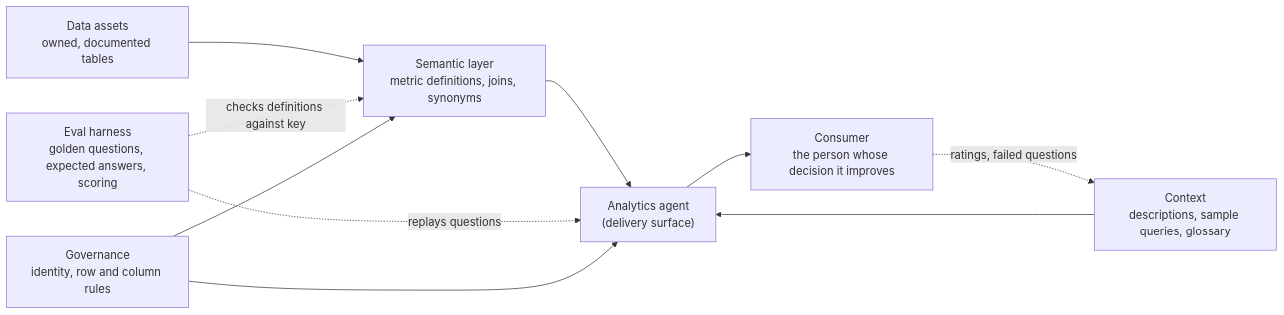
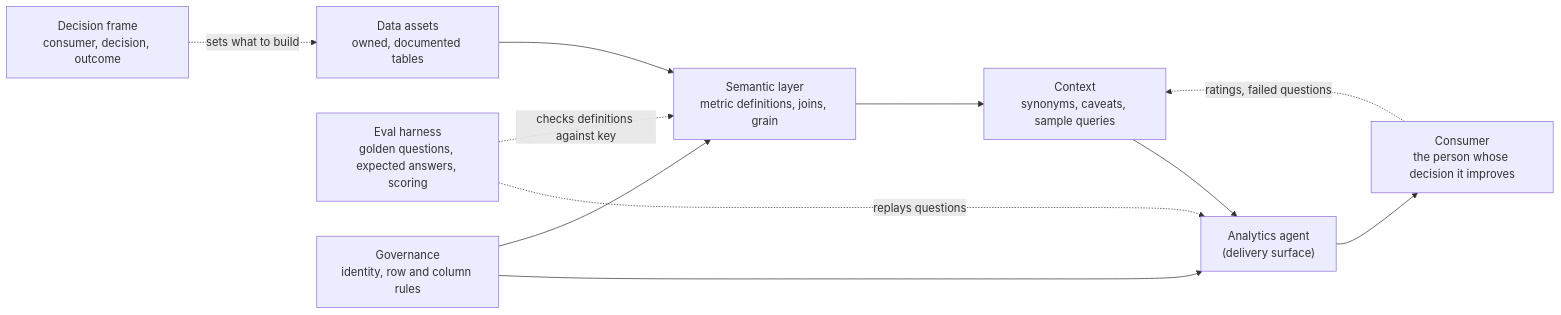
One commit to hollandkevint/data-product-operator changed the diagram in docs/analytics-agents/reference-architecture.md. Above: the diagram before and after it, drawn with Mermaid. The commit also changed other lines of this file and 1 other file, not shown here.

Commit message:
Define data product layers: decision frame, semantics, context
The glossary gains a Layers section: one decision frame and four layers (data assets, semantics, context, delivery surface). The analytics-agent reference architecture now shows them in order. Context uses the industry sense (what an agent needs to read the numbers right), not the business decision.

````diff
--- a/docs/analytics-agents/reference-architecture.md
+++ b/docs/analytics-agents/reference-architecture.md
@@ -9,12 +12,13 @@
 ```mermaid
 flowchart LR
-  A["Data assets<br/>owned, documented tables"] --> S["Semantic layer<br/>metric definitions, joins, synonyms"]
-  S --> G["Analytics agent<br/>(delivery surface)"]
+  F["Decision frame<br/>consumer, decision, outcome"] -. "sets what to build" .-> A
+  A["Data assets<br/>owned, documented tables"] --> S["Semantic layer<br/>metric definitions, joins, grain"]
+  S --> X["Context<br/>synonyms, caveats, sample queries"]
+  X --> G["Analytics agent<br/>(delivery surface)"]
   G --> C["Consumer<br/>the person whose decision it improves"]
-  C -. "ratings, failed questions" .-> X["Context<br/>descriptions, sample queries, glossary"]
-  X --> G
+  C -. "ratings, failed questions" .-> X
   H["Eval harness<br/>golden questions, expected answers, scoring"] -. "replays questions" .-> G
   H -. "checks definitions against key" .-> S
   P["Governance<br/>identity, row and column rules"] --> G
   P --> S
 ```
````
